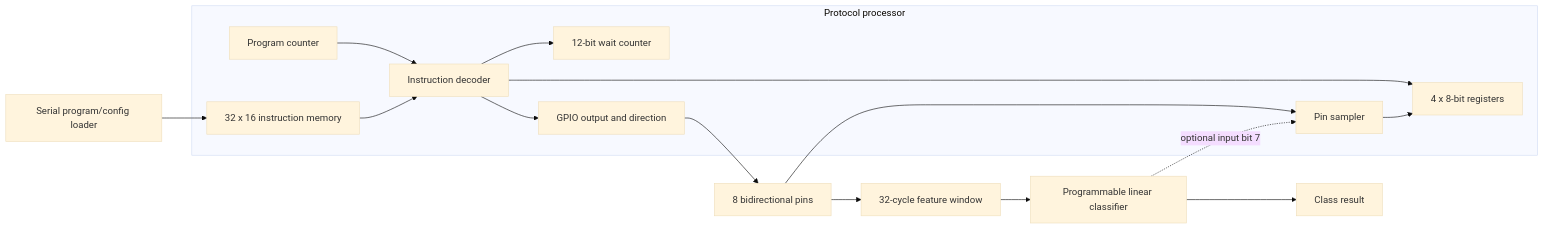
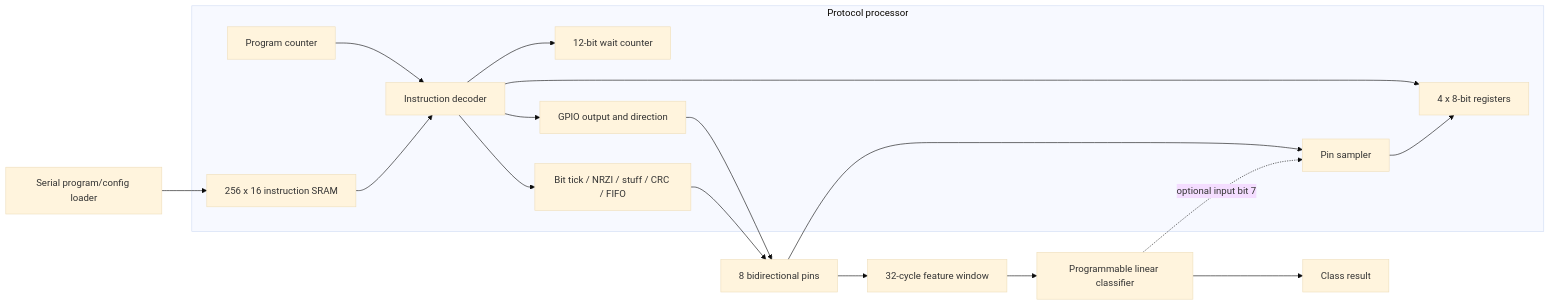
Before and after one commit to dhruvauppaluri/Dhruva-Uppaluri-JaneStreetASIC: the diagram in README.md, drawn with Mermaid (base theme). The commit also changed other lines of this file and 30 other files, not shown here.

````diff
--- a/README.md
+++ b/README.md
@@ -46,21 +70,23 @@
 ```mermaid
 flowchart LR
-    Host[Serial program/config loader] --> IMEM[32 x 16 instruction memory]
+    Host[Serial program/config loader] --> IMEM[256 x 16 instruction SRAM]
 
     subgraph CPU[Protocol processor]
         PC[Program counter] --> Decode[Instruction decoder]
         IMEM --> Decode
         Decode --> Timer[12-bit wait counter]
         Decode --> Regs[4 x 8-bit registers]
         Decode --> GPIO[GPIO output and direction]
+        Decode --> Assist[Bit tick / NRZI / stuff / CRC / FIFO]
         Inputs[Pin sampler] --> Regs
     end
 
     Pins[8 bidirectional pins] --> Inputs
     GPIO --> Pins
+    Assist --> Pins
 
     Pins --> Features[32-cycle feature window]
     Features --> Classifier[Programmable linear classifier]
     Classifier --> Status[Class result]
     Classifier -. optional input bit 7 .-> Inputs
 ```
````
